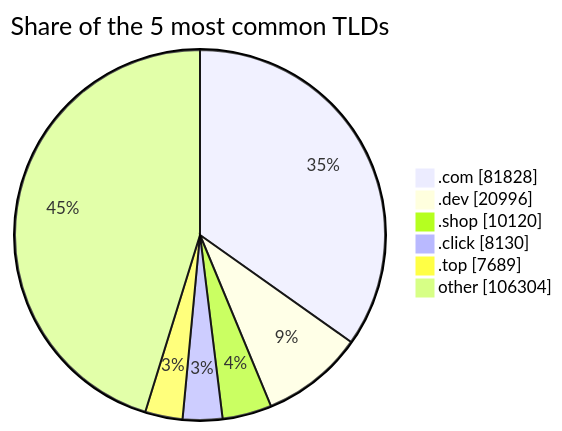
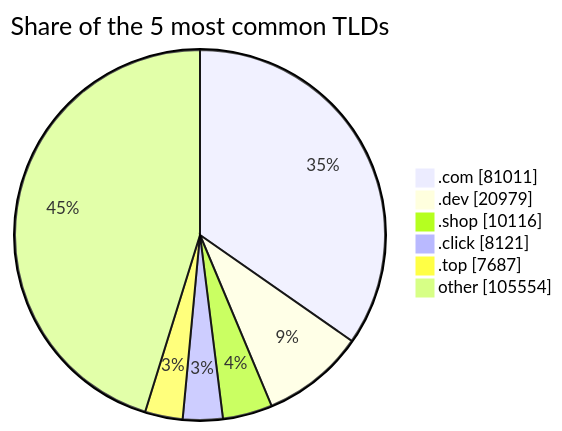
One commit to DNSBunker/CTI changed the third of 3 diagrams in README.md. Above: the diagram before and after it, drawn with Mermaid. The commit also changed other lines of this file and 3 other files, not shown here.

````diff
--- a/README.md
+++ b/README.md
@@ -81,9 +81,9 @@
 ```mermaid
 pie showData title Share of the 5 most common TLDs
-    ".com" : 81828
-    ".dev" : 20996
-    ".shop" : 10120
-    ".click" : 8130
-    ".top" : 7689
-    "other" : 106304
+    ".com" : 81011
+    ".dev" : 20979
+    ".shop" : 10116
+    ".click" : 8121
+    ".top" : 7687
+    "other" : 105554
 ```
````
